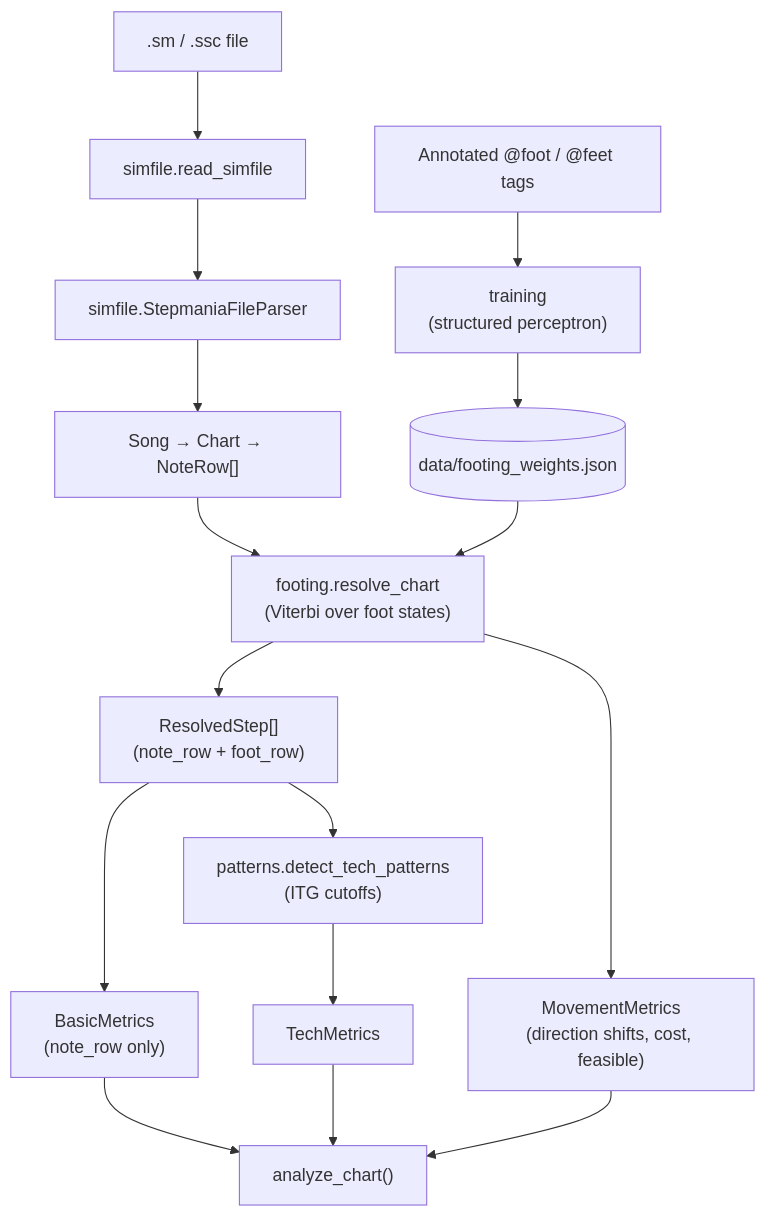
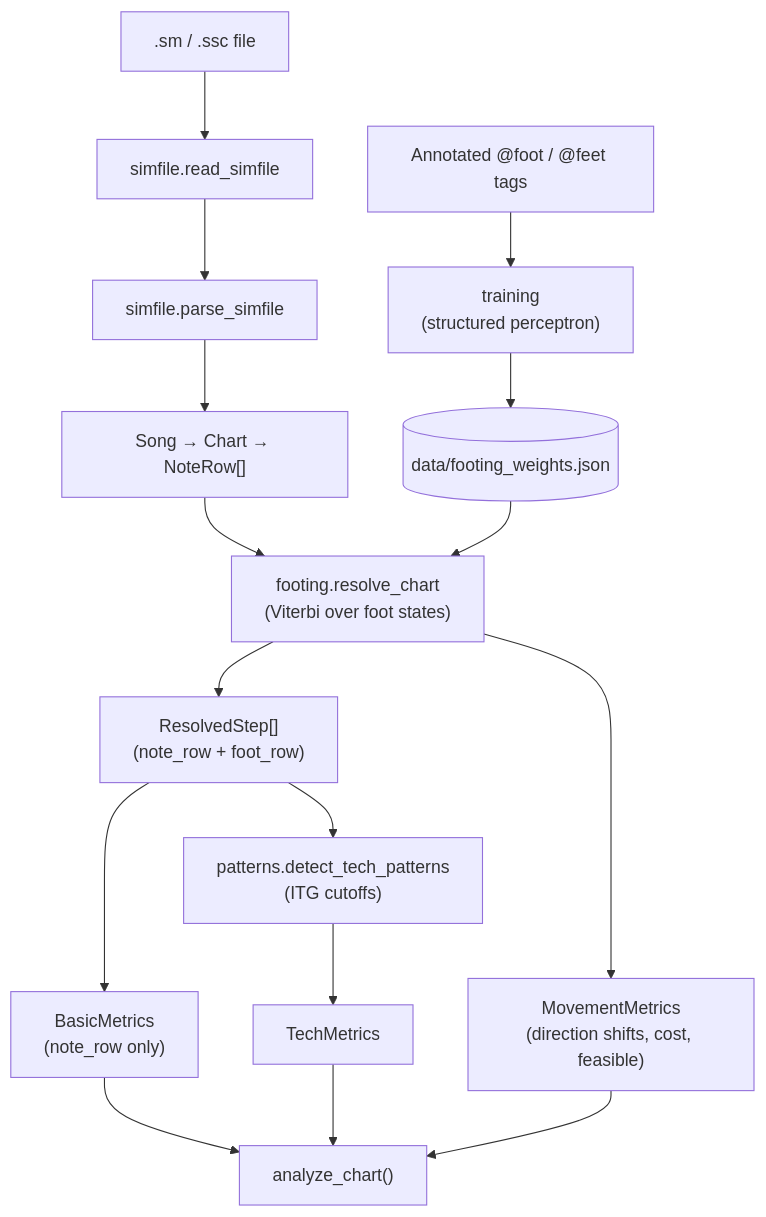
Before and after one commit to brandonabear/patternity: the diagram in docs/architecture.md, drawn with Mermaid. The commit also changed 18 other files, not shown here.

````diff
--- a/docs/architecture.md
+++ b/docs/architecture.md
@@ -11,19 +11,19 @@
 ```mermaid
 flowchart TD
     file[".sm / .ssc file"] --> reader["simfile.read_simfile"]
-    reader --> parser["simfile.StepmaniaFileParser"]
+    reader --> parser["simfile.parse_simfile"]
     parser --> song["Song → Chart → NoteRow[]"]
     song --> footing["footing.resolve_chart<br/>(Viterbi over foot states)"]
     weights[("data/footing_weights.json")] --> footing
     footing --> steps["ResolvedStep[]<br/>(note_row + foot_row)"]
     steps --> basic["BasicMetrics<br/>(note_row only)"]
     steps --> detector["patterns.detect_tech_patterns<br/>(ITG cutoffs)"]
     footing --> movement["MovementMetrics<br/>(direction shifts, cost, feasible)"]
     detector --> tech["TechMetrics"]
     basic --> report["analyze_chart()"]
     tech --> report
     movement --> report
 
     tags["Annotated @foot / @feet tags"] --> train["training<br/>(structured perceptron)"]
     train --> weights
 ```
````
